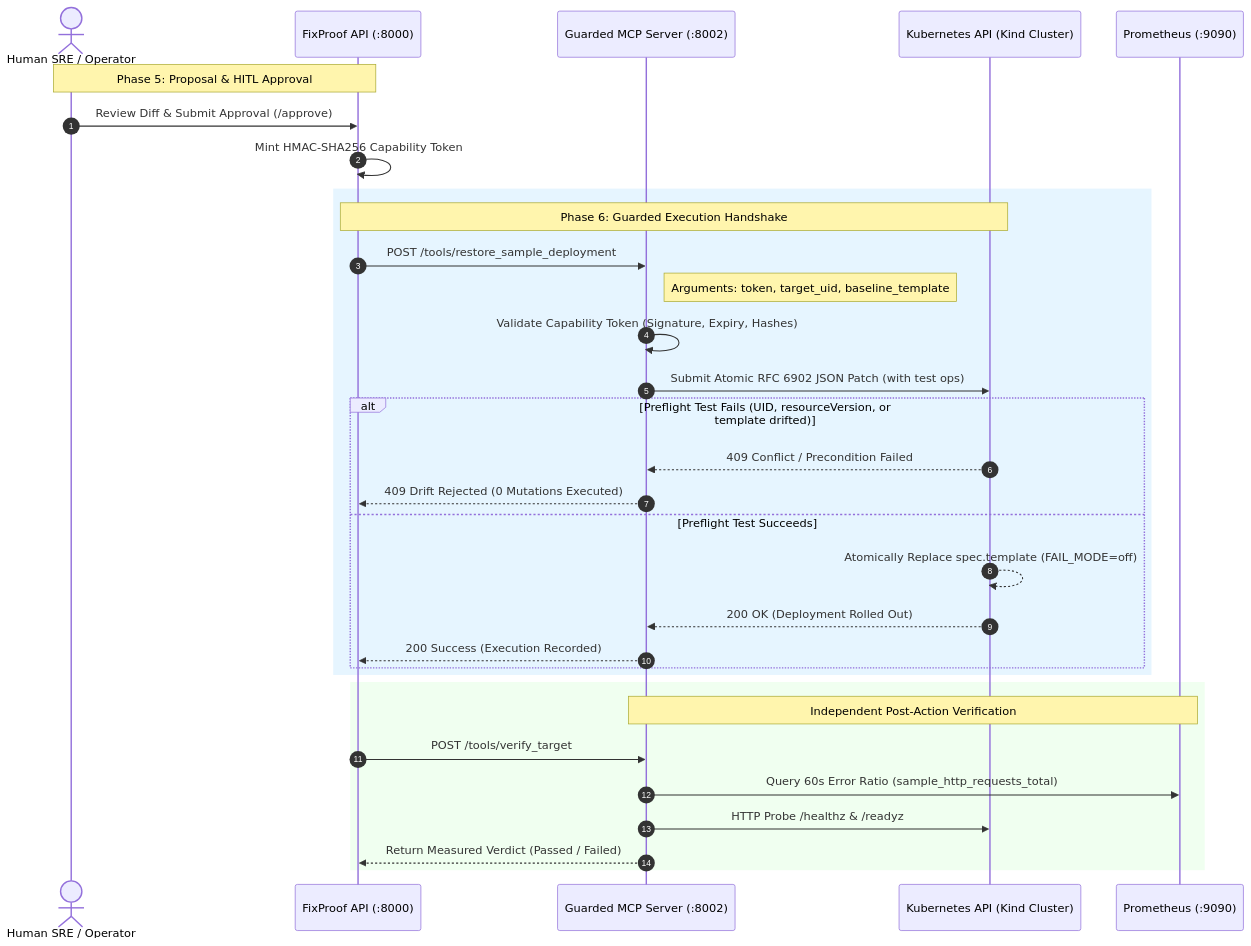
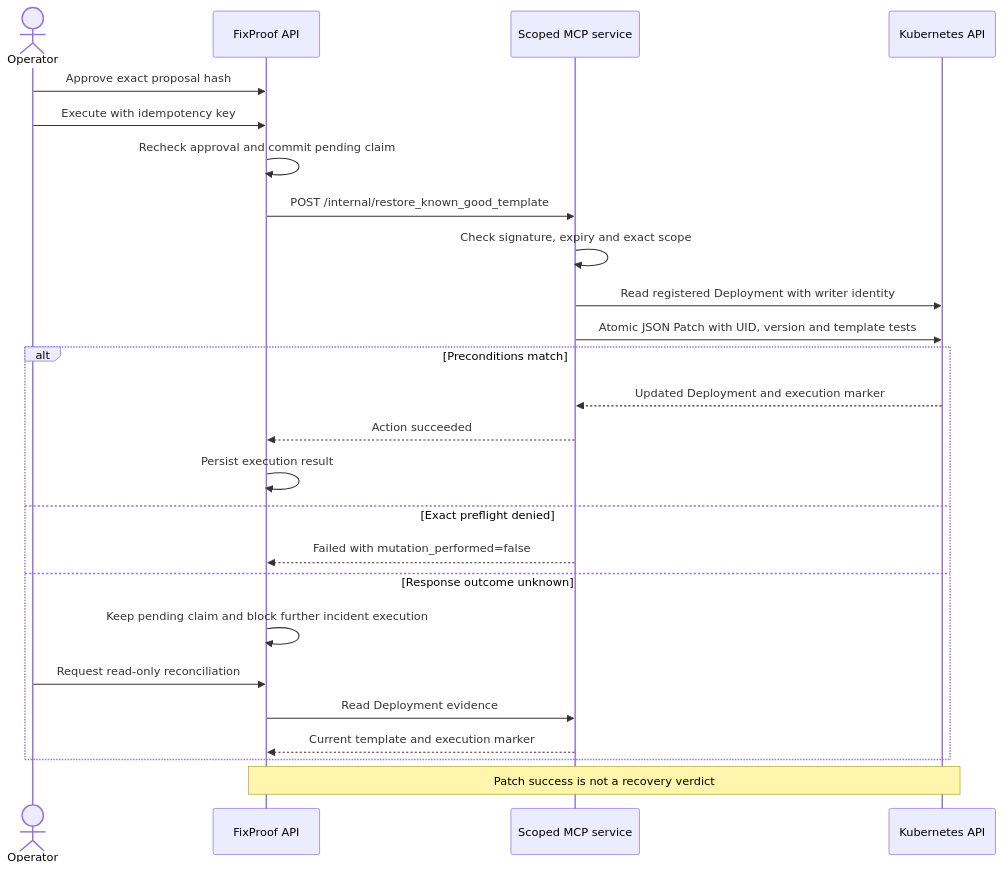
Before and after one commit to fomo-ash/Nvidia: the diagram in docs/PHASE_6_GUARDED_EXECUTION.md, drawn with Mermaid. The commit also changed other lines of this file and 18 other files, not shown here.

````diff
--- a/docs/PHASE_6_GUARDED_EXECUTION.md
+++ b/docs/PHASE_6_GUARDED_EXECUTION.md
@@ -22,39 +9,27 @@
 ```mermaid
 sequenceDiagram
-    autonumber
-    actor Operator as Human SRE / Operator
-    participant API as FixProof API (:8000)
-    participant MCP as Guarded MCP Server (:8002)
-    participant K8s as Kubernetes API (Kind Cluster)
-    participant Prom as Prometheus (:9090)
-
-    Note over API,Operator: Phase 5: Proposal & HITL Approval
-    Operator->>API: Review Diff & Submit Approval (/approve)
-    API->>API: Mint HMAC-SHA256 Capability Token
-
-    rect rgb(230, 245, 255)
-    Note over API,K8s: Phase 6: Guarded Execution Handshake
-    API->>MCP: POST /tools/restore_sample_deployment
-    Note right of MCP: Arguments: token, target_uid, baseline_template
-    
-    MCP->>MCP: Validate Capability Token (Signature, Expiry, Hashes)
-    MCP->>K8s: Submit Atomic RFC 6902 JSON Patch (with test ops)
-    
-    alt Preflight Test Fails (UID, resourceVersion, or template drifted)
-        K8s-->>MCP: 409 Conflict / Precondition Failed
-        MCP-->>API: 409 Drift Rejected (0 Mutations Executed)
-    else Preflight Test Succeeds
-        K8s-->>K8s: Atomically Replace spec.template (FAIL_MODE=off)
-        K8s-->>MCP: 200 OK (Deployment Rolled Out)
-        MCP-->>API: 200 Success (Execution Recorded)
+    actor Operator
+    participant API as FixProof API
+    participant MCP as Scoped MCP service
+    participant K8s as Kubernetes API
+    Operator->>API: Approve exact proposal hash
+    Operator->>API: Execute with idempotency key
+    API->>API: Recheck approval and commit pending claim
+    API->>MCP: POST /internal/restore_known_good_template
+    MCP->>MCP: Check signature, expiry and exact scope
+    MCP->>K8s: Read registered Deployment with writer identity
+    MCP->>K8s: Atomic JSON Patch with UID, version and template tests
+    alt Preconditions match
+        K8s-->>MCP: Updated Deployment and execution marker
+        MCP-->>API: Action succeeded
+        API->>API: Persist execution result
+    else Exact preflight denied
+        MCP-->>API: Failed with mutation_performed=false
+    else Response outcome unknown
+        API->>API: Keep pending claim and block further incident execution
+        Operator->>API: Request read-only reconciliation
+        API->>MCP: Read Deployment evidence
+        MCP-->>API: Current template and execution marker
     end
-    end
-
-    rect rgb(240, 255, 240)
-    Note over MCP,Prom: Independent Post-Action Verification
-    API->>MCP: POST /tools/verify_target
-    MCP->>Prom: Query 60s Error Ratio (sample_http_requests_total)
-    MCP->>K8s: HTTP Probe /healthz & /readyz
-    MCP-->>API: Return Measured Verdict (Passed / Failed)
-    end
+    Note over API,K8s: Patch success is not a recovery verdict
 ```
````
